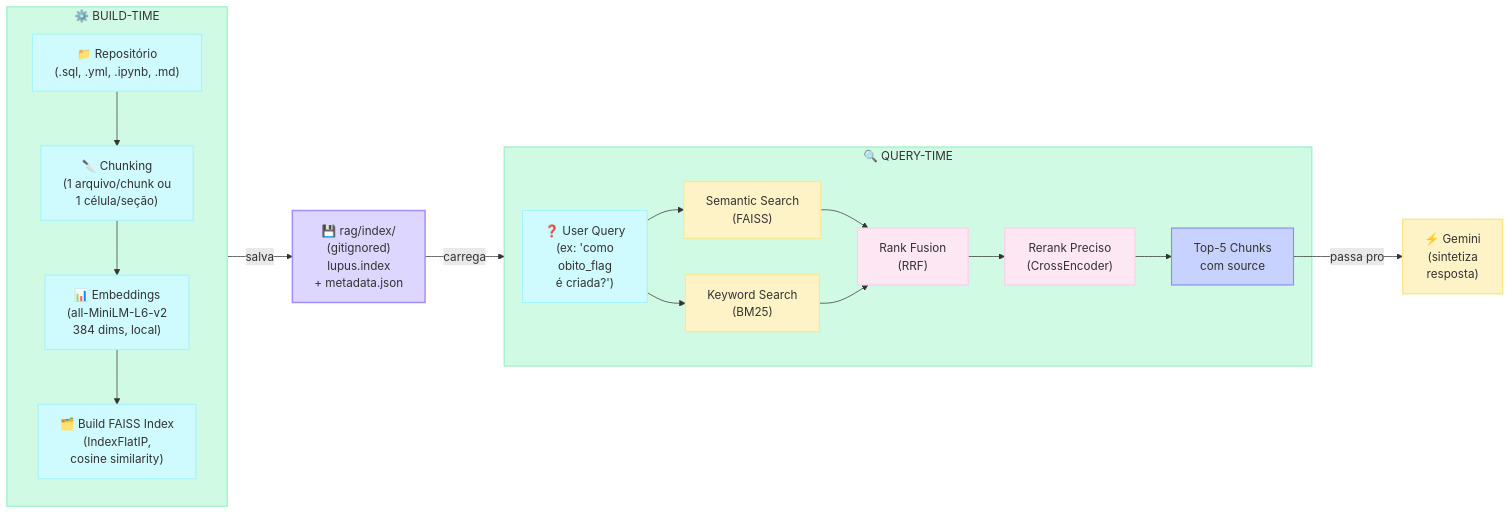
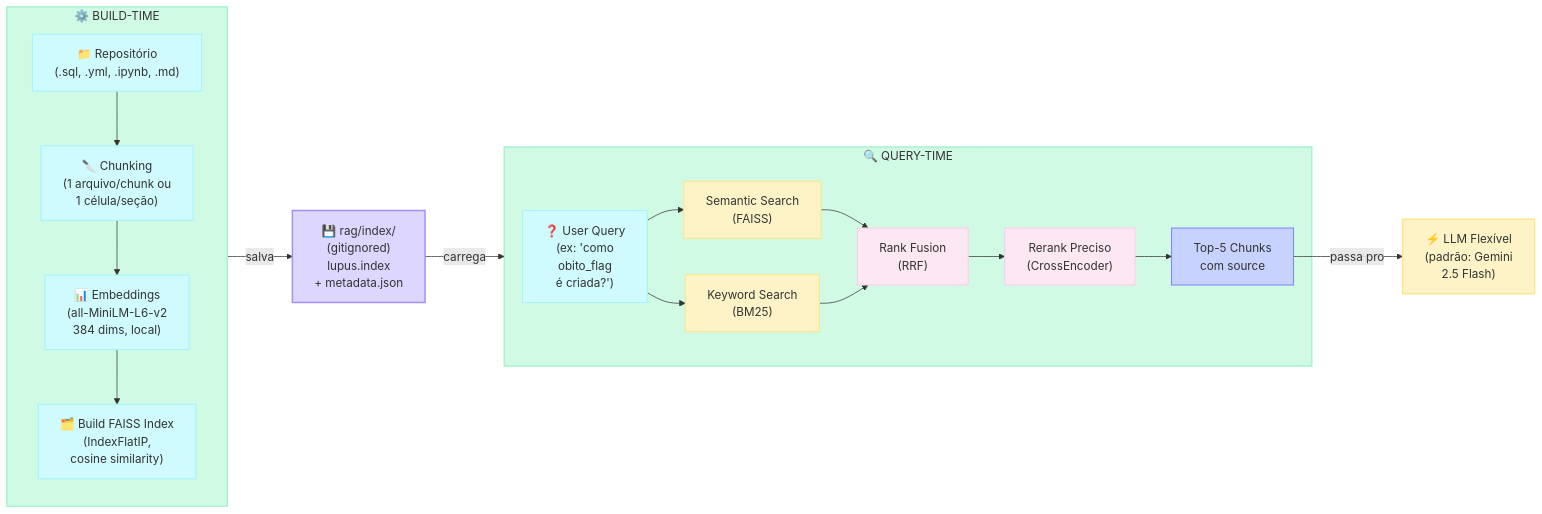
Before and after one commit to eduardo-ebdl/lupus: the second of 2 diagrams in README.md, drawn with Mermaid. The commit also changed other lines of this file, not shown here.

````diff
--- a/README.md
+++ b/README.md
@@ -143,47 +157,47 @@
 ```mermaid
 flowchart LR
     subgraph Build["⚙️ BUILD-TIME"]
         Repo["📁 Repositório<br/>(.sql, .yml, .ipynb, .md)"]
         Chunk["🔪 Chunking<br/>(1 arquivo/chunk ou<br/>1 célula/seção)"]
         Embed["📊 Embeddings<br/>(all-MiniLM-L6-v2<br/>384 dims, local)"]
         Index["🗂️ Build FAISS Index<br/>(IndexFlatIP,<br/>cosine similarity)"]
         
         Repo --> Chunk --> Embed --> Index
     end
     
     Build -->|salva| Store["💾 rag/index/<br/>(gitignored)<br/>lupus.index<br/>+ metadata.json"]
     
     subgraph Query["🔍 QUERY-TIME"]
         Input["❓ User Query<br/>(ex: 'como<br/>obito_flag<br/>é criada?')"]
         
         Semantic["Semantic Search<br/>(FAISS)"]
         Keyword["Keyword Search<br/>(BM25)"]
         Fusion["Rank Fusion<br/>(RRF)"]
         Rerank["Rerank Preciso<br/>(CrossEncoder)"]
         Result["Top-5 Chunks<br/>com source"]
         
         Input --> Semantic
         Input --> Keyword
         Semantic --> Fusion
         Keyword --> Fusion
         Fusion --> Rerank --> Result
     end
     
     Store -->|carrega| Query
-    Result -->|passa pro| LLM["⚡ Gemini<br/>(sintetiza<br/>resposta)"]
+    Result -->|passa pro| LLM["⚡ LLM Flexível<br/>(padrão: Gemini<br/>2.5 Flash)"]
     
     style Build fill:#d1fae5,stroke:#a7f3d0,stroke-width:2px,color:#333
     style Repo fill:#cffafe,stroke:#a5f3fc,stroke-width:1.5px,color:#333
     style Chunk fill:#cffafe,stroke:#a5f3fc,stroke-width:1.5px,color:#333
     style Embed fill:#cffafe,stroke:#a5f3fc,stroke-width:1.5px,color:#333
     style Index fill:#cffafe,stroke:#a5f3fc,stroke-width:1.5px,color:#333
     style Store fill:#ddd6fe,stroke:#a78bfa,stroke-width:2px,color:#333
     style Query fill:#d1fae5,stroke:#a7f3d0,stroke-width:2px,color:#333
     style Input fill:#cffafe,stroke:#a5f3fc,stroke-width:1.5px,color:#333
     style Semantic fill:#fef3c7,stroke:#fde68a,stroke-width:1.5px,color:#333
     style Keyword fill:#fef3c7,stroke:#fde68a,stroke-width:1.5px,color:#333
     style Fusion fill:#fce7f3,stroke:#fbcfe8,stroke-width:1.5px,color:#333
     style Rerank fill:#fce7f3,stroke:#fbcfe8,stroke-width:1.5px,color:#333
     style Result fill:#c7d2fe,stroke:#818cf8,stroke-width:1.5px,color:#333
     style LLM fill:#fef3c7,stroke:#fde68a,stroke-width:2px,color:#333
 ```
````
